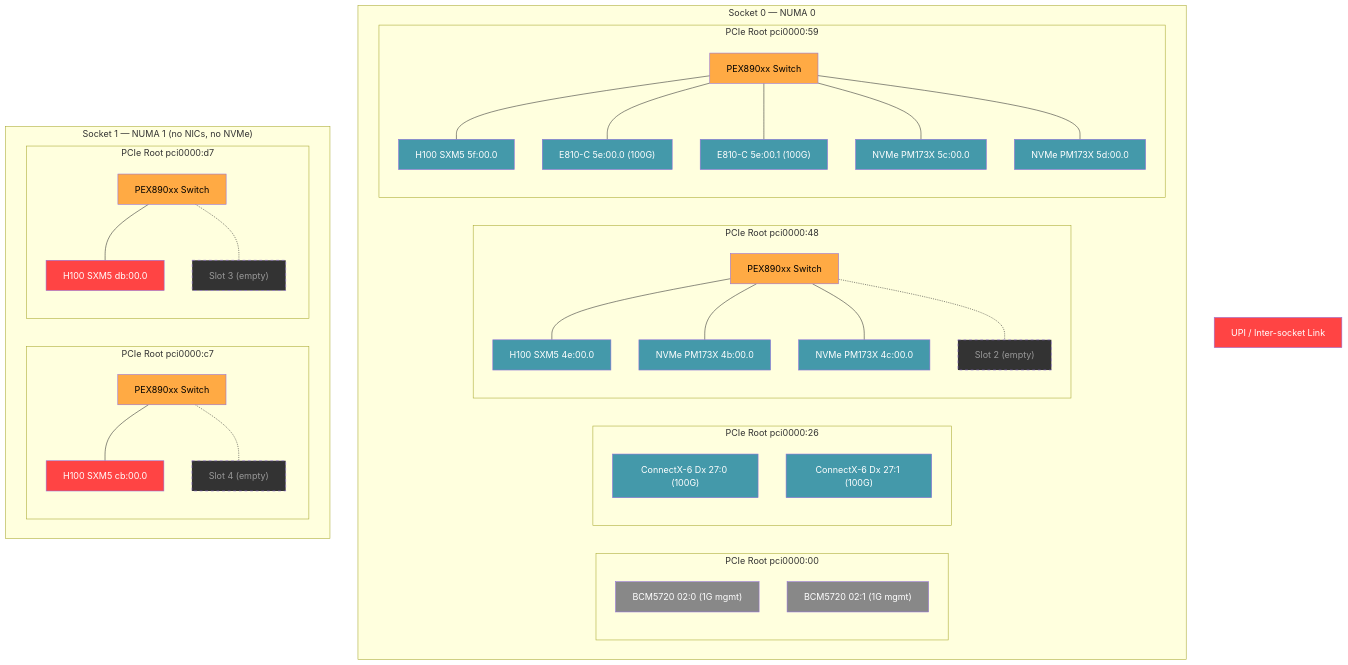
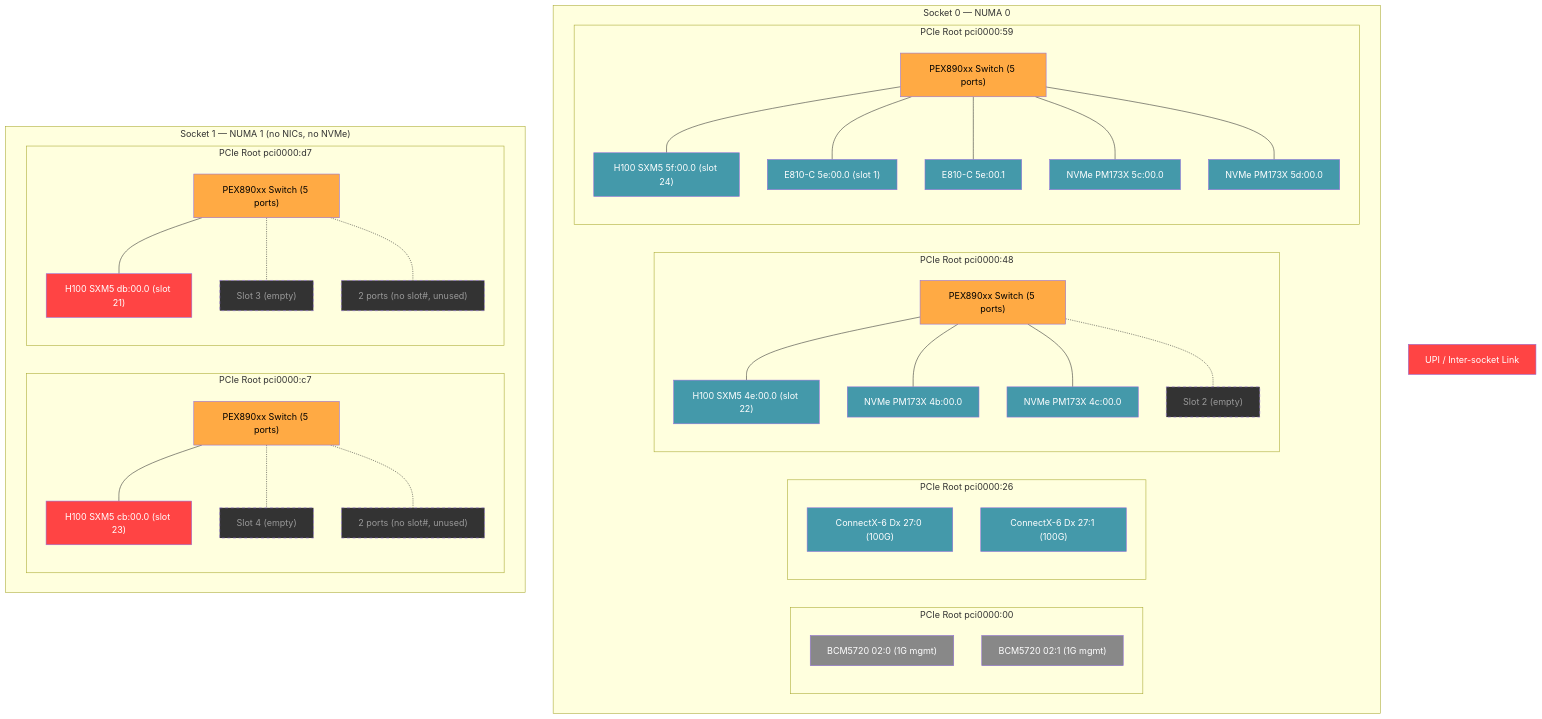
Before and after one commit to johnahull/dra-topology-aware-co-placement: the first of 2 diagrams in docs/diagrams/topology-xe8640.md, drawn with Mermaid. The commit also changed other lines of this file, not shown here.

Commit message:
Fix XE8640 diagram: show all switch ports and slot numbers
Each PEX890xx switch has 5 downstream ports. Socket 0 switches are
nearly full (GPU + NVMe + NIC/empty). Socket 1 switches have only
GPU + 1 empty slot + 2 unused ports (no slot number). Added slot
numbers to populated devices.

````diff
--- a/docs/diagrams/topology-xe8640.md
+++ b/docs/diagrams/topology-xe8640.md
@@ -20,8 +20,8 @@
             CX6_1["ConnectX-6 Dx 27:1 (100G)"]
         end
         subgraph "PCIe Root pci0000:48"
-            SW0["PEX890xx Switch"]
-            GPU0["H100 SXM5 4e:00.0"]
+            SW0["PEX890xx Switch (5 ports)"]
+            GPU0["H100 SXM5 4e:00.0 (slot 22)"]
             NVMe0["NVMe PM173X 4b:00.0"]
             NVMe1["NVMe PM173X 4c:00.0"]
             EMPTY0["Slot 2 (empty)"]
@@ -31,10 +31,10 @@
             SW0 -.- EMPTY0
         end
         subgraph "PCIe Root pci0000:59"
-            SW1["PEX890xx Switch"]
-            GPU1["H100 SXM5 5f:00.0"]
-            E810_0["E810-C 5e:00.0 (100G)"]
-            E810_1["E810-C 5e:00.1 (100G)"]
+            SW1["PEX890xx Switch (5 ports)"]
+            GPU1["H100 SXM5 5f:00.0 (slot 24)"]
+            E810_0["E810-C 5e:00.0 (slot 1)"]
+            E810_1["E810-C 5e:00.1"]
             NVMe2["NVMe PM173X 5c:00.0"]
             NVMe3["NVMe PM173X 5d:00.0"]
             SW1 --- GPU1
@@ -47,18 +47,22 @@
 
     subgraph "Socket 1 — NUMA 1 (no NICs, no NVMe)"
         subgraph "PCIe Root pci0000:c7"
-            SW2["PEX890xx Switch"]
-            GPU2["H100 SXM5 cb:00.0"]
+            SW2["PEX890xx Switch (5 ports)"]
+            GPU2["H100 SXM5 cb:00.0 (slot 23)"]
             EMPTY2["Slot 4 (empty)"]
+            EMPTY2a["2 ports (no slot#, unused)"]
             SW2 --- GPU2
             SW2 -.- EMPTY2
+            SW2 -.- EMPTY2a
         end
         subgraph "PCIe Root pci0000:d7"
-            SW3["PEX890xx Switch"]
-            GPU3["H100 SXM5 db:00.0"]
+            SW3["PEX890xx Switch (5 ports)"]
+            GPU3["H100 SXM5 db:00.0 (slot 21)"]
             EMPTY3["Slot 3 (empty)"]
+            EMPTY3a["2 ports (no slot#, unused)"]
             SW3 --- GPU3
             SW3 -.- EMPTY3
+            SW3 -.- EMPTY3a
         end
     end
 
@@ -84,6 +88,8 @@
     style SW3 fill:#fa4,color:#000
     style EMPTY0 fill:#333,color:#999,stroke-dasharray: 5
     style EMPTY2 fill:#333,color:#999,stroke-dasharray: 5
+    style EMPTY2a fill:#333,color:#999,stroke-dasharray: 5
     style EMPTY3 fill:#333,color:#999,stroke-dasharray: 5
+    style EMPTY3a fill:#333,color:#999,stroke-dasharray: 5
     style UPI fill:#f44,color:#fff
 ```
````
